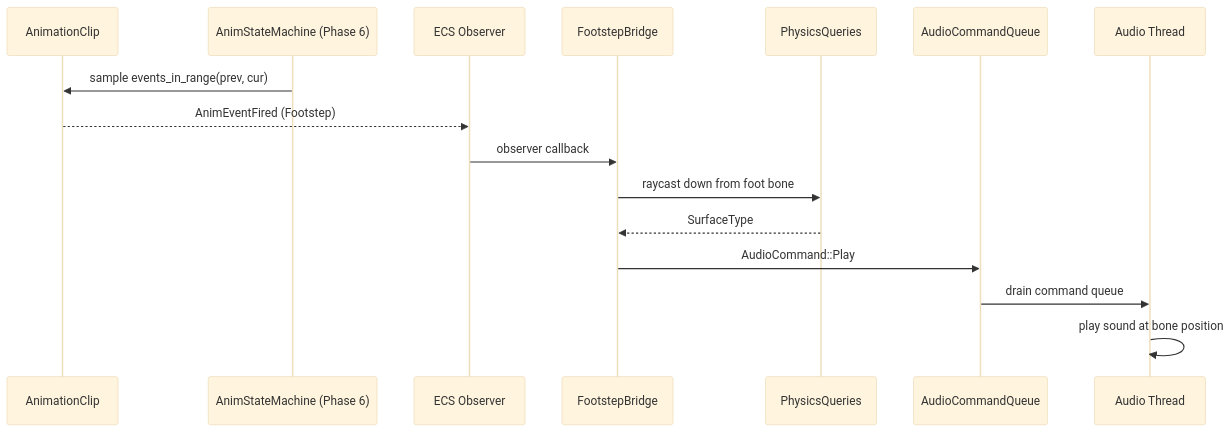
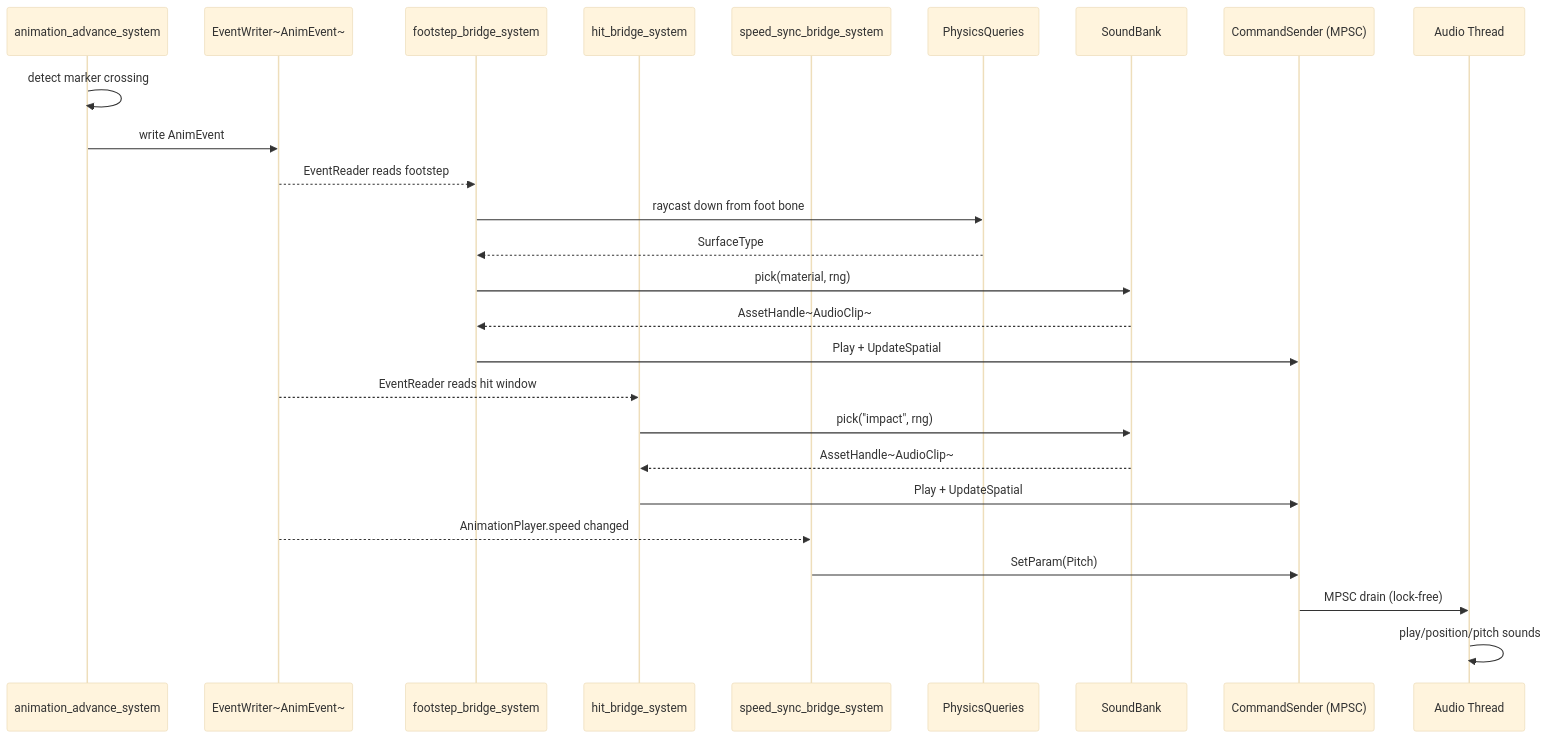
One commit to harmonius-dev/harmonius changed the second of 2 diagrams in docs/design/integration/animation-audio.md. Above: the diagram before and after it, drawn with Mermaid (base theme). The commit also changed other lines of this file and 57 other files, not shown here.

````diff
--- a/docs/design/integration/animation-audio.md
+++ b/docs/design/integration/animation-audio.md
@@ -82,19 +319,32 @@
 ```mermaid
 sequenceDiagram
-    participant Clip as AnimationClip
-    participant SM as AnimStateMachine (Phase 6)
-    participant ECS as ECS Observer
-    participant Bridge as FootstepBridge
+    participant Sys as animation_advance_system
+    participant EW as EventWriter~AnimEvent~
+    participant FB as footstep_bridge_system
+    participant HB as hit_bridge_system
+    participant SB as speed_sync_bridge_system
     participant Phys as PhysicsQueries
-    participant Cmd as AudioCommandQueue
+    participant Bank as SoundBank
+    participant Cmd as CommandSender (MPSC)
     participant AT as Audio Thread
 
-    SM->>Clip: sample events_in_range(prev, cur)
-    Clip-->>ECS: AnimEventFired (Footstep)
-    ECS->>Bridge: observer callback
-    Bridge->>Phys: raycast down from foot bone
-    Phys-->>Bridge: SurfaceType
-    Bridge->>Cmd: AudioCommand::Play
-    Cmd->>AT: drain command queue
-    AT->>AT: play sound at bone position
+    Sys->>Sys: detect marker crossing
+    Sys->>EW: write AnimEvent
+    EW-->>FB: EventReader reads footstep
+    FB->>Phys: raycast down from foot bone
+    Phys-->>FB: SurfaceType
+    FB->>Bank: pick(material, rng)
+    Bank-->>FB: AssetHandle~AudioClip~
+    FB->>Cmd: Play + UpdateSpatial
+
+    EW-->>HB: EventReader reads hit window
+    HB->>Bank: pick("impact", rng)
+    Bank-->>HB: AssetHandle~AudioClip~
+    HB->>Cmd: Play + UpdateSpatial
+
+    EW-->>SB: AnimationPlayer.speed changed
+    SB->>Cmd: SetParam(Pitch)
+
+    Cmd->>AT: MPSC drain (lock-free)
+    AT->>AT: play/position/pitch sounds
 ```
````
